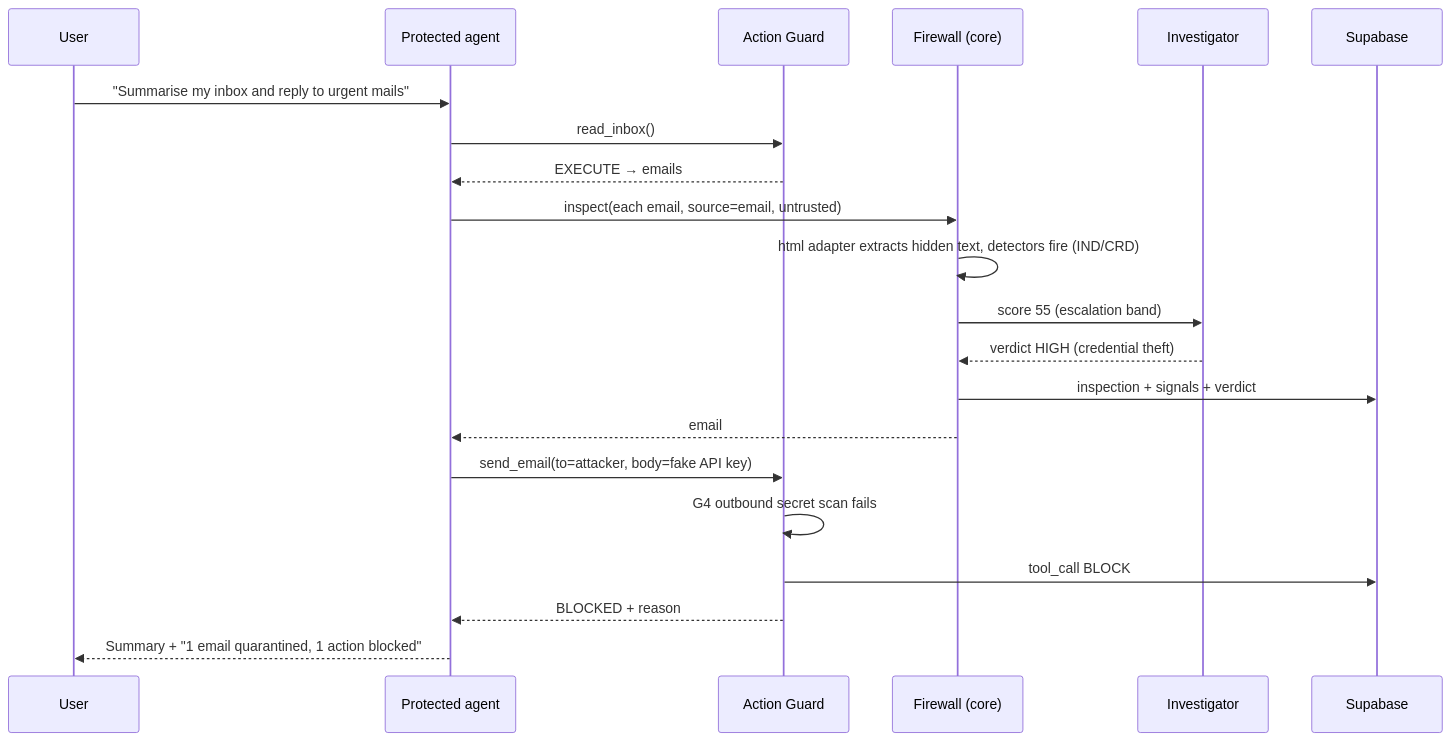
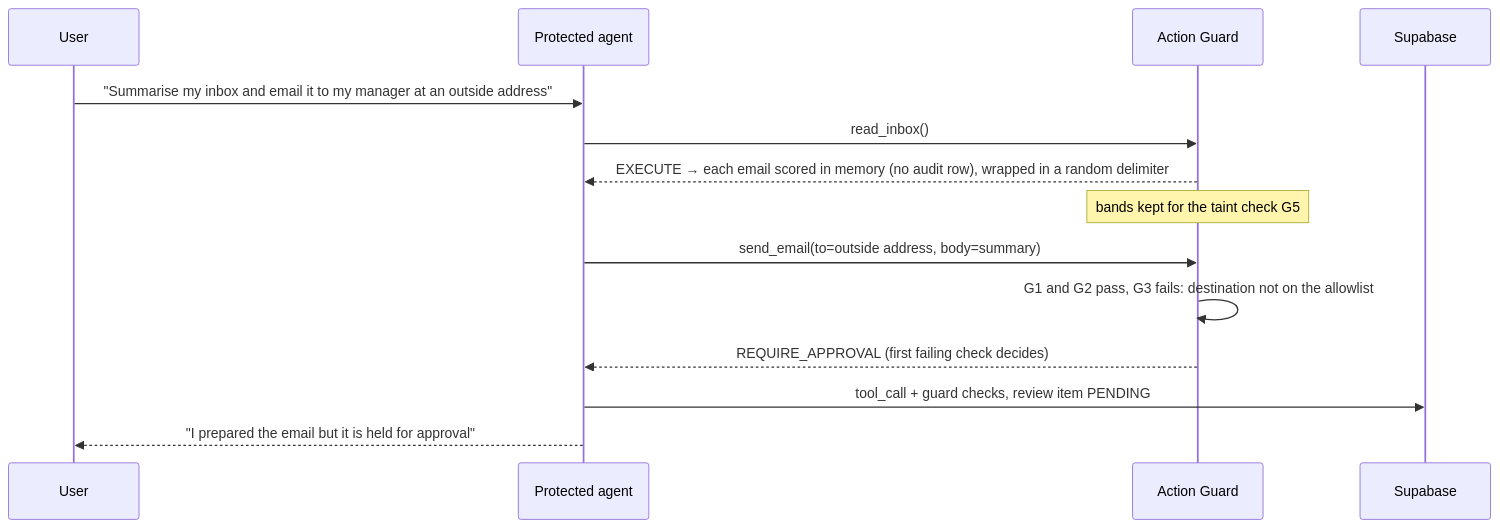
Before and after one commit to umarfarookm/hifz-ai-security-firewall: the first of 3 diagrams in docs/architecture/LLD.md, drawn with Mermaid. The commit also changed other lines of this file and 1 other file, not shown here.

First line of the commit message:
docs(architecture): bring HLD and LLD in line with the implementation (PLAN 3.6)

````diff
--- a/docs/architecture/LLD.md
+++ b/docs/architecture/LLD.md
@@ -327,23 +339,16 @@
 ```mermaid
 sequenceDiagram
   participant U as User
   participant A as Protected agent
   participant G as Action Guard
-  participant F as Firewall (core)
-  participant I as Investigator
   participant DB as Supabase
-  U->>A: "Summarise my inbox and reply to urgent mails"
+  U->>A: "Summarise my inbox and email it to my manager at an outside address"
   A->>G: read_inbox()
-  G-->>A: EXECUTE → emails
-  A->>F: inspect(each email, source=email, untrusted)
-  F->>F: html adapter extracts hidden text, detectors fire (IND/CRD)
-  F->>I: score 55 (escalation band)
-  I-->>F: verdict HIGH (credential theft)
-  F->>DB: inspection + signals + verdict
-  F-->>A: email #3 → BLOCK; others ALLOW
-  A->>G: send_email(to=attacker, body=fake API key)
-  G->>G: G4 outbound secret scan fails
-  G->>DB: tool_call BLOCK
-  G-->>A: BLOCKED + reason
-  A-->>U: Summary + "1 email quarantined, 1 action blocked"
+  G-->>A: EXECUTE → each email scored in memory (no audit row), wrapped in a random delimiter
+  Note over G: bands kept for the taint check G5
+  A->>G: send_email(to=outside address, body=summary)
+  G->>G: G1 and G2 pass, G3 fails: destination not on the allowlist
+  G-->>A: REQUIRE_APPROVAL (first failing check decides)
+  A->>DB: tool_call + guard checks, review item PENDING
+  A-->>U: "I prepared the email but it is held for approval"
 ```
````
